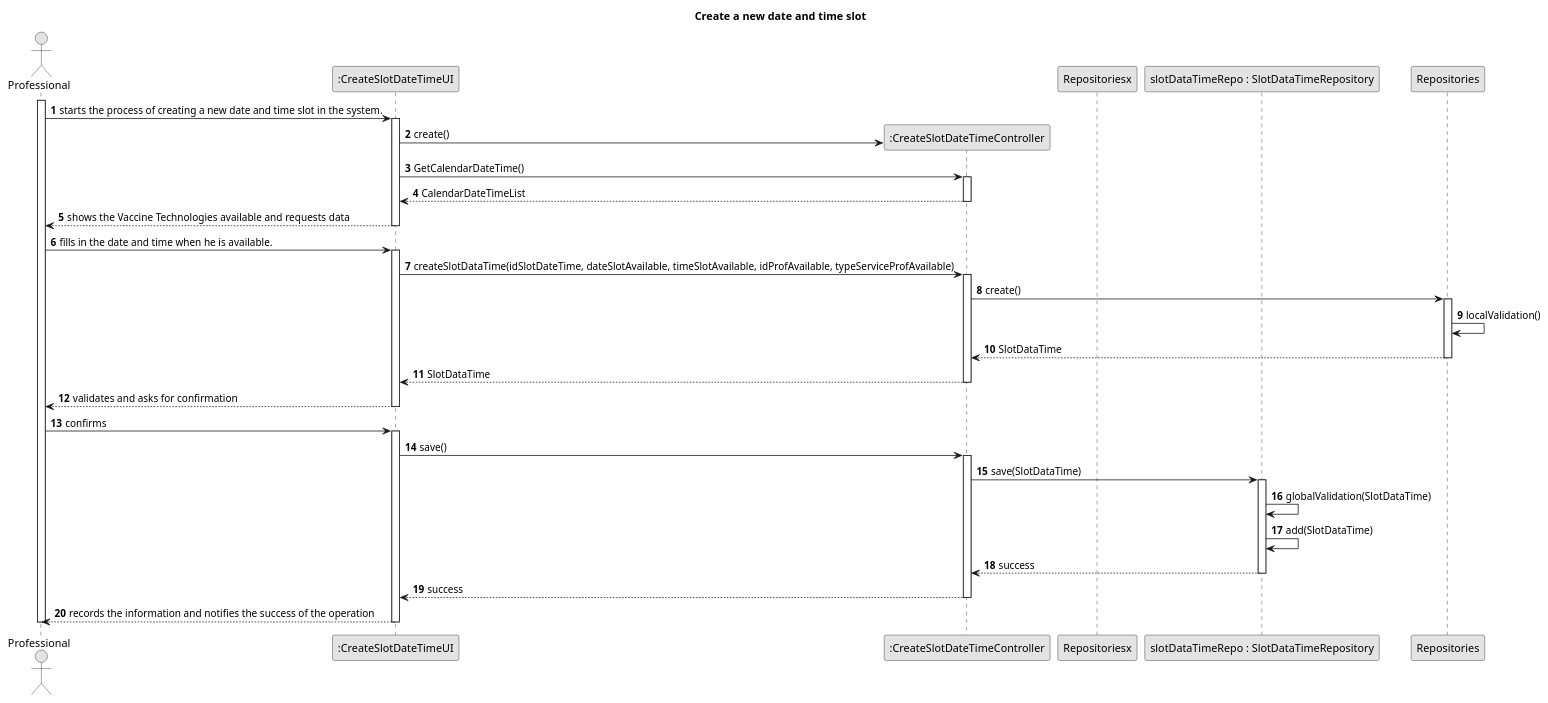
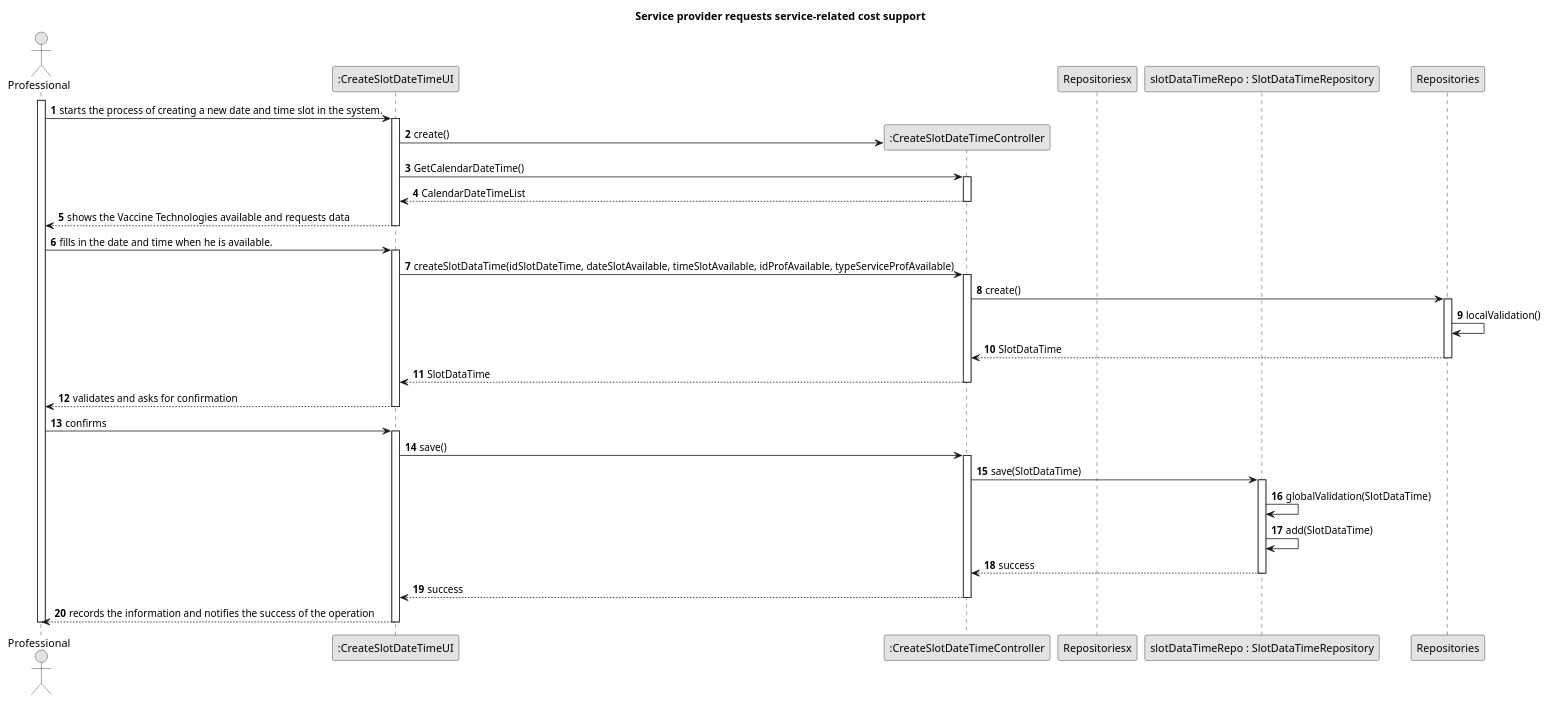
The diagram in javaSprint2GladlyGiven/Docs/UseCases/uc015/design/us015-SD.puml (Chirano/GladlyGiven), drawn with PlantUML before and after one commit. The commit also changed other lines of this file and 106 other files, not shown here.

```diff
--- a/javaSprint2GladlyGiven/Docs/UseCases/uc015/design/us015-SD.puml
+++ b/javaSprint2GladlyGiven/Docs/UseCases/uc015/design/us015-SD.puml
@@ -4,59 +2,59 @@
 @startuml
 skinparam monochrome true
 skinparam packageStyle rectangle
 skinparam shadowing false
 
-title Create a new date and time slot
+title Service provider requests service-related cost support
 
 autonumber
 
 actor Professional
 participant ":CreateSlotDateTimeUI" as ui
 participant ":CreateSlotDateTimeController" as ctrl
 participant Repositoriesx
 participant "slotDataTimeRepo : SlotDataTimeRepository" as SlotDataTimeRepo
 
 
 activate Professional
 
     Professional -> ui : starts the process of creating a new date and time slot in the system.
     activate ui
         ui -> ctrl** : create()
         ui -> ctrl : GetCalendarDateTime()
         activate ctrl
                         ctrl --> ui : CalendarDateTimeList
             deactivate ctrl
             ui --> Professional : shows the Vaccine Technologies available and requests data
     deactivate ui
 
     Professional -> ui : fills in the date and time when he is available.
     activate ui
         ui -> ctrl : createSlotDataTime(idSlotDateTime, dateSlotAvailable, timeSlotAvailable, idProfAvailable, typeServiceProfAvailable)
         activate ctrl
             ctrl -> Repositories : create()
             activate Repositories
                 Repositories -> Repositories : localValidation()
                 Repositories --> ctrl : SlotDataTime
             deactivate Repositories
             ctrl --> ui : SlotDataTime
         deactivate ctrl
         ui --> Professional : validates and asks for confirmation
     deactivate ui
 
     Professional -> ui : confirms
     activate ui
         ui -> ctrl : save()
         activate ctrl
             ctrl -> SlotDataTimeRepo : save(SlotDataTime)
             activate SlotDataTimeRepo
                 SlotDataTimeRepo -> SlotDataTimeRepo : globalValidation(SlotDataTime)
                 SlotDataTimeRepo -> SlotDataTimeRepo : add(SlotDataTime)
                 SlotDataTimeRepo --> ctrl : success
             deactivate SlotDataTimeRepo
             ctrl --> ui : success
         deactivate ctrl
         ui --> Professional : records the information and notifies the success of the operation
     deactivate ui
 deactivate Professional
 
 @enduml
```
